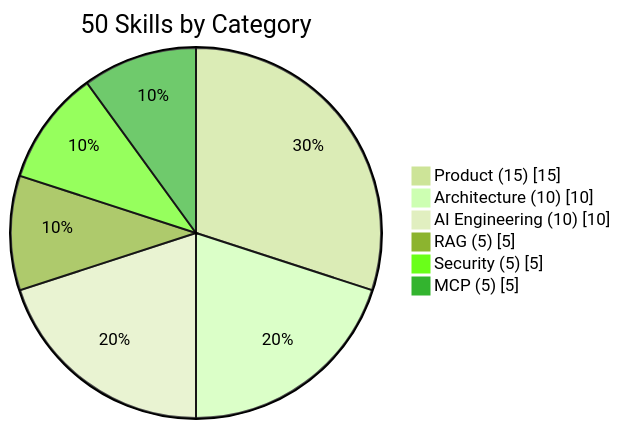
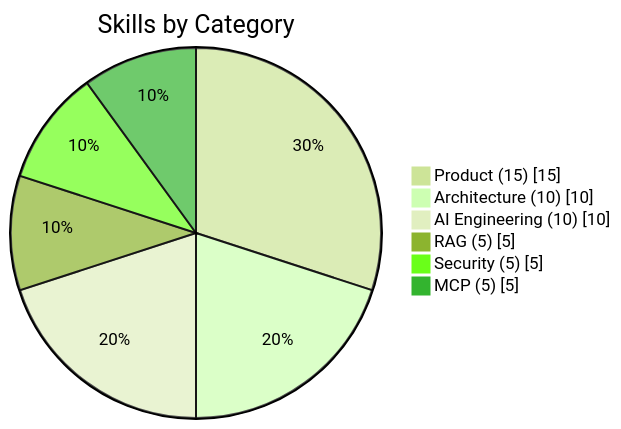
The fourth of 6 diagrams in README.md (patonkikh/APES), drawn with Mermaid (forest theme) before and after one commit. The commit also changed other lines of this file and 1 other file, not shown here.

````diff
--- a/README.md
+++ b/README.md
@@ -133,10 +140,10 @@
 ```mermaid
 pie showData
-    title 50 Skills by Category
+    title Skills by Category
     "Product (15)" : 15
     "Architecture (10)" : 10
     "AI Engineering (10)" : 10
     "RAG (5)" : 5
     "Security (5)" : 5
     "MCP (5)" : 5
 ```
````
